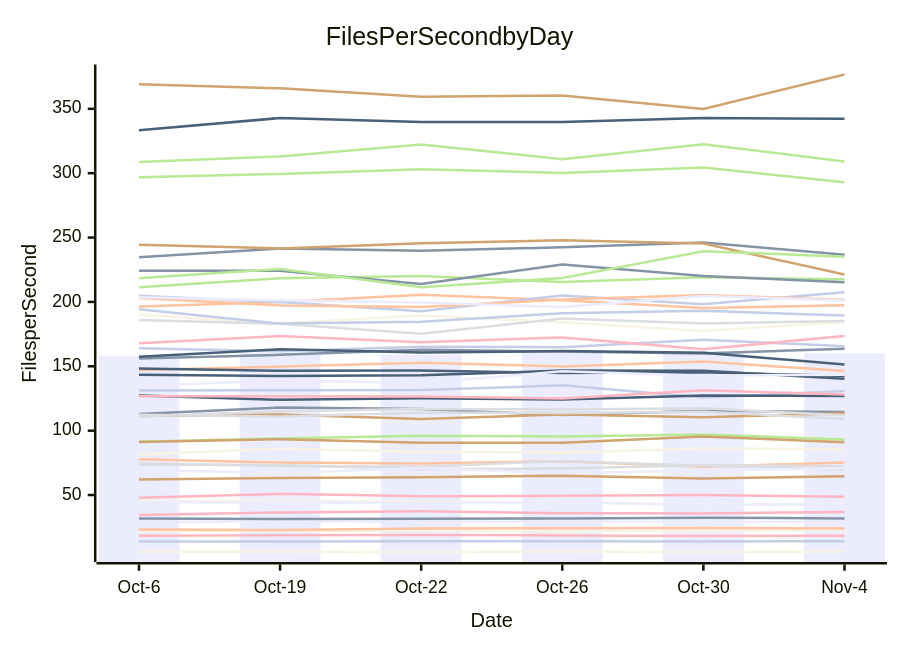
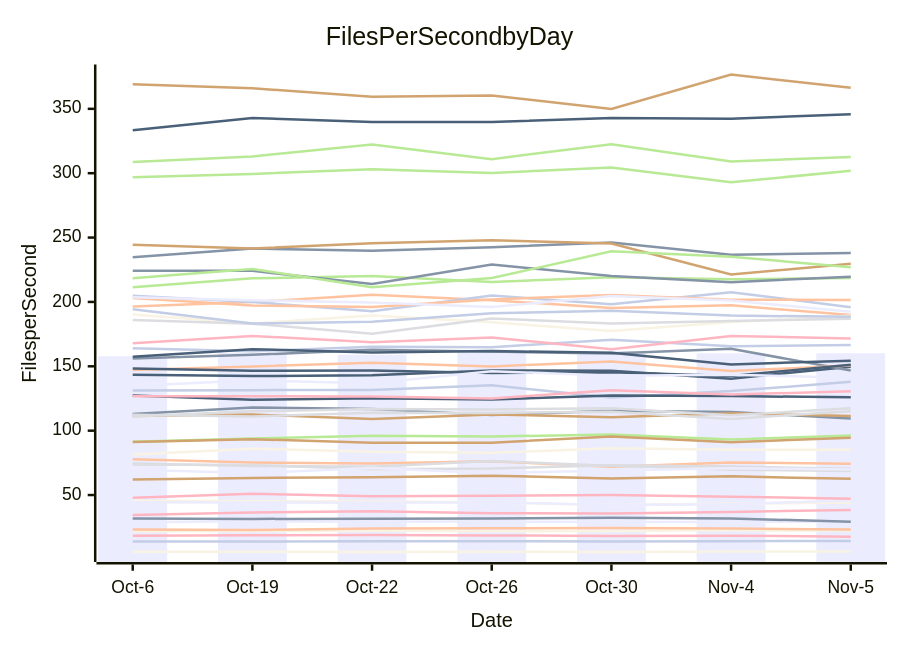
Before and after one commit to streetsidesoftware/cspell: the diagram in perf-report.md, drawn with Mermaid. The commit also changed other lines of this file and 1 other file, not shown here.

````diff
--- a/perf-report.md
+++ b/perf-report.md
@@ -10,57 +10,57 @@
 ```mermaid
 xychart-beta
     title Files Per Second by Day
     y-axis Files per Second
-    x-axis Date [Oct-6, Oct-19, Oct-22, Oct-26, Oct-30, Nov-4]
-    bar [157.78, 160.58, 159.03, 162.88, 161.94, 160.02]
-    line [112.94, 118.00, 116.85, 112.16, 115.50, 114.45]
-    line [77.78, 75.28, 74.51, 76.18, 72.03, 75.21]
-    line [74.54, 72.64, 71.96, 76.44, 72.80, 69.62]
-    line [91.34, 93.97, 96.00, 95.45, 97.05, 93.17]
-    line [111.42, 112.56, 109.04, 112.63, 110.40, 113.53]
-    line [164.09, 161.71, 165.23, 164.80, 170.61, 165.61]
-    line [34.53, 36.49, 37.33, 35.82, 35.71, 36.86]
-    line [333.43, 342.86, 339.81, 339.82, 342.79, 342.26]
-    line [45.48, 45.18, 45.07, 44.31, 42.25, 43.22]
-    line [44.34, 44.15, 44.08, 44.42, 42.24, 42.88]
-    line [234.66, 241.48, 239.78, 242.41, 246.20, 236.64]
-    line [196.39, 199.93, 205.59, 201.31, 195.27, 197.35]
-    line [73.77, 73.27, 70.11, 70.57, 73.22, 72.23]
-    line [296.93, 299.41, 303.13, 300.22, 304.34, 292.89]
-    line [91.13, 93.37, 90.70, 90.60, 95.53, 91.04]
-    line [131.24, 131.49, 131.59, 135.21, 125.70, 130.73]
-    line [167.92, 173.59, 168.67, 172.42, 163.25, 173.61]
-    line [143.38, 142.44, 143.06, 146.69, 146.59, 140.40]
-    line [190.21, 183.26, 189.47, 184.23, 177.36, 184.49]
-    line [28.81, 29.58, 29.31, 29.41, 29.14, 29.07]
-    line [156.12, 158.95, 162.77, 161.40, 160.02, 163.60]
-    line [147.14, 149.81, 152.74, 149.93, 153.73, 146.39]
-    line [185.98, 183.04, 175.20, 187.18, 183.23, 185.22]
-    line [211.32, 218.31, 220.10, 215.49, 219.14, 217.54]
-    line [244.34, 241.58, 245.56, 247.95, 245.41, 221.31]
-    line [204.79, 199.89, 192.85, 204.98, 198.27, 207.58]
-    line [47.88, 50.97, 49.03, 49.37, 49.99, 48.68]
-    line [148.37, 146.50, 146.67, 144.85, 145.45, 142.42]
-    line [6.00, 6.02, 5.75, 6.03, 5.80, 6.05]
-    line [69.72, 67.05, 71.08, 67.00, 69.09, 70.86]
-    line [31.79, 31.44, 31.67, 31.78, 32.41, 31.83]
-    line [203.08, 197.32, 196.05, 201.96, 205.39, 201.71]
-    line [111.00, 115.01, 116.88, 116.53, 117.43, 111.89]
-    line [308.73, 313.03, 322.37, 310.93, 322.55, 309.17]
-    line [62.01, 63.29, 63.79, 65.07, 62.75, 64.51]
-    line [13.86, 13.81, 14.01, 14.02, 13.97, 14.18]
-    line [18.38, 18.69, 19.00, 18.63, 18.25, 18.44]
-    line [127.28, 123.99, 125.15, 124.19, 127.28, 126.86]
-    line [21.69, 22.11, 22.28, 21.78, 22.12, 22.59]
-    line [203.55, 201.34, 199.55, 196.07, 204.60, 201.12]
-    line [224.28, 224.21, 213.97, 229.01, 220.21, 215.36]
-    line [23.16, 22.78, 23.92, 24.17, 24.43, 23.95]
-    line [112.35, 111.02, 113.95, 113.80, 114.69, 109.15]
-    line [218.48, 225.66, 211.47, 218.53, 239.32, 235.17]
-    line [369.11, 365.93, 359.34, 360.33, 349.95, 376.67]
-    line [194.31, 183.18, 184.56, 191.17, 193.23, 189.38]
-    line [126.66, 126.74, 126.46, 125.04, 131.49, 128.05]
-    line [157.33, 163.29, 160.80, 161.82, 160.48, 151.46]
-    line [81.41, 86.03, 83.62, 82.78, 86.40, 85.26]
-    line [134.66, 139.08, 136.76, 146.14, 142.74, 143.48]
+    x-axis Date [Oct-6, Oct-19, Oct-22, Oct-26, Oct-30, Nov-4, Nov-5]
+    bar [157.78, 160.58, 159.03, 162.88, 161.94, 160.02, 160.20]
+    line [112.94, 118.00, 116.85, 112.16, 115.50, 114.45, 109.49]
+    line [77.78, 75.28, 74.51, 76.18, 72.03, 75.21, 74.28]
+    line [74.54, 72.64, 71.96, 76.44, 72.80, 69.62, 68.61]
+    line [91.34, 93.97, 96.00, 95.45, 97.05, 93.17, 96.34]
+    line [111.42, 112.56, 109.04, 112.63, 110.40, 113.53, 111.46]
+    line [164.09, 161.71, 165.23, 164.80, 170.61, 165.61, 166.59]
+    line [34.53, 36.49, 37.33, 35.82, 35.71, 36.86, 38.45]
+    line [333.43, 342.86, 339.81, 339.82, 342.79, 342.26, 345.84]
+    line [45.48, 45.18, 45.07, 44.31, 42.25, 43.22, 44.16]
+    line [44.34, 44.15, 44.08, 44.42, 42.24, 42.88, 45.83]
+    line [234.66, 241.48, 239.78, 242.41, 246.20, 236.64, 237.92]
+    line [196.39, 199.93, 205.59, 201.31, 195.27, 197.35, 189.76]
+    line [73.77, 73.27, 70.11, 70.57, 73.22, 72.23, 70.46]
+    line [296.93, 299.41, 303.13, 300.22, 304.34, 292.89, 301.97]
+    line [91.13, 93.37, 90.70, 90.60, 95.53, 91.04, 94.53]
+    line [131.24, 131.49, 131.59, 135.21, 125.70, 130.73, 137.94]
+    line [167.92, 173.59, 168.67, 172.42, 163.25, 173.61, 171.52]
+    line [143.38, 142.44, 143.06, 146.69, 146.59, 140.40, 149.71]
+    line [190.21, 183.26, 189.47, 184.23, 177.36, 184.49, 189.19]
+    line [28.81, 29.58, 29.31, 29.41, 29.14, 29.07, 29.47]
+    line [156.12, 158.95, 162.77, 161.40, 160.02, 163.60, 146.79]
+    line [147.14, 149.81, 152.74, 149.93, 153.73, 146.39, 150.56]
+    line [185.98, 183.04, 175.20, 187.18, 183.23, 185.22, 186.91]
+    line [211.32, 218.31, 220.10, 215.49, 219.14, 217.54, 218.56]
+    line [244.34, 241.58, 245.56, 247.95, 245.41, 221.31, 229.61]
+    line [204.79, 199.89, 192.85, 204.98, 198.27, 207.58, 195.90]
+    line [47.88, 50.97, 49.03, 49.37, 49.99, 48.68, 47.13]
+    line [148.37, 146.50, 146.67, 144.85, 145.45, 142.42, 151.19]
+    line [6.00, 6.02, 5.75, 6.03, 5.80, 6.05, 6.09]
+    line [69.72, 67.05, 71.08, 67.00, 69.09, 70.86, 69.74]
+    line [31.79, 31.44, 31.67, 31.78, 32.41, 31.83, 29.21]
+    line [203.08, 197.32, 196.05, 201.96, 205.39, 201.71, 201.52]
+    line [111.00, 115.01, 116.88, 116.53, 117.43, 111.89, 117.51]
+    line [308.73, 313.03, 322.37, 310.93, 322.55, 309.17, 312.67]
+    line [62.01, 63.29, 63.79, 65.07, 62.75, 64.51, 62.59]
+    line [13.86, 13.81, 14.01, 14.02, 13.97, 14.18, 14.24]
+    line [18.38, 18.69, 19.00, 18.63, 18.25, 18.44, 17.68]
+    line [127.28, 123.99, 125.15, 124.19, 127.28, 126.86, 125.90]
+    line [21.69, 22.11, 22.28, 21.78, 22.12, 22.59, 22.45]
+    line [203.55, 201.34, 199.55, 196.07, 204.60, 201.12, 192.39]
+    line [224.28, 224.21, 213.97, 229.01, 220.21, 215.36, 219.64]
+    line [23.16, 22.78, 23.92, 24.17, 24.43, 23.95, 23.15]
+    line [112.35, 111.02, 113.95, 113.80, 114.69, 109.15, 115.13]
+    line [218.48, 225.66, 211.47, 218.53, 239.32, 235.17, 226.95]
+    line [369.11, 365.93, 359.34, 360.33, 349.95, 376.67, 366.30]
+    line [194.31, 183.18, 184.56, 191.17, 193.23, 189.38, 188.45]
+    line [126.66, 126.74, 126.46, 125.04, 131.49, 128.05, 130.61]
+    line [157.33, 163.29, 160.80, 161.82, 160.48, 151.46, 154.36]
+    line [81.41, 86.03, 83.62, 82.78, 86.40, 85.26, 85.17]
+    line [134.66, 139.08, 136.76, 146.14, 142.74, 143.48, 141.18]
 ```
````
